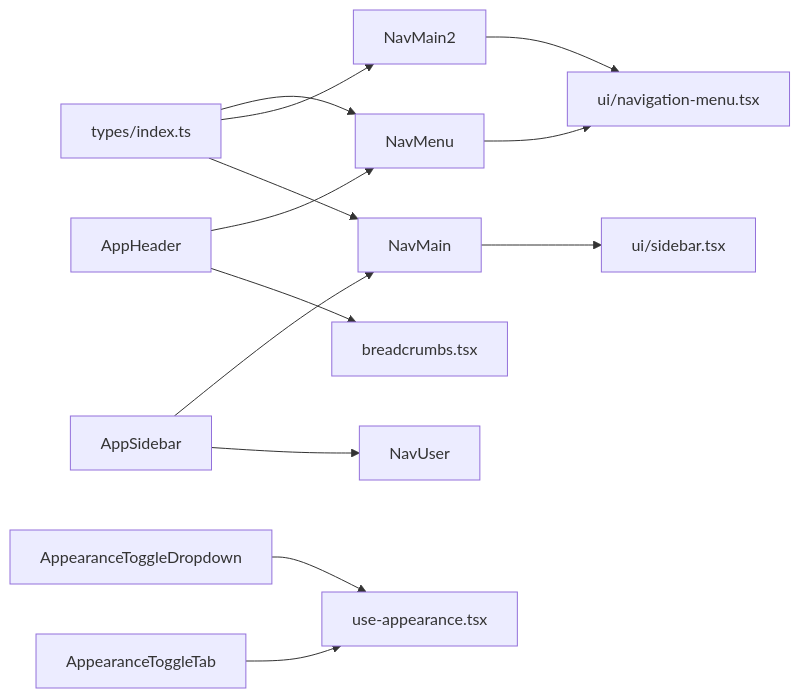
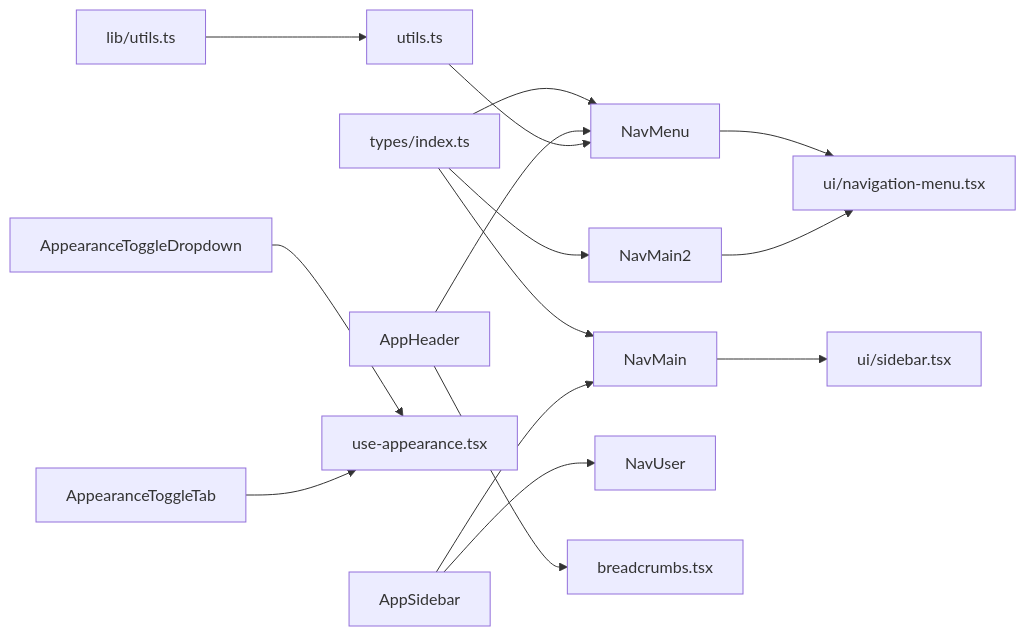
One commit to vincet0t15/template changed diagram 12 of 12 in .qoder/repowiki/en/content/Frontend Components & UI/Navigation Components.md. Above: the diagram before and after it, drawn with Mermaid. The commit also changed other lines of this file and 8 other files, not shown here.

````diff
--- a/.qoder/repowiki/en/content/Frontend Components & UI/Navigation Components.md
+++ b/.qoder/repowiki/en/content/Frontend Components & UI/Navigation Components.md
@@ -439,15 +460,17 @@
 ```mermaid
 graph LR
 T["types/index.ts"] --> NM["NavMenu"]
 T --> NM2["NavMain2"]
 T --> NM3["NavMain"]
 NM --> UI_NM["ui/navigation-menu.tsx"]
 NM2 --> UI_NM
 NM3 --> UI_SB["ui/sidebar.tsx"]
 AH["AppHeader"] --> NM
 AS["AppSidebar"] --> NM3
 AS --> NU["NavUser"]
 AH --> BC["breadcrumbs.tsx"]
 AD["AppearanceToggleDropdown"] --> UA["use-appearance.tsx"]
 AT["AppearanceToggleTab"] --> UA
+CN["utils.ts"] --> NM
+UTILS["lib/utils.ts"] --> CN
 ```
````
